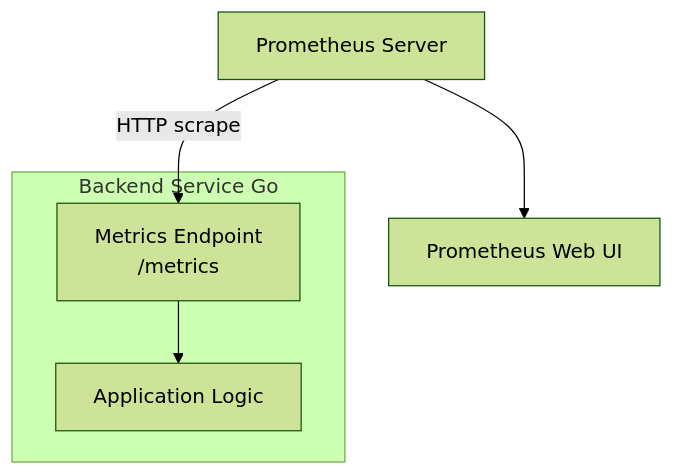
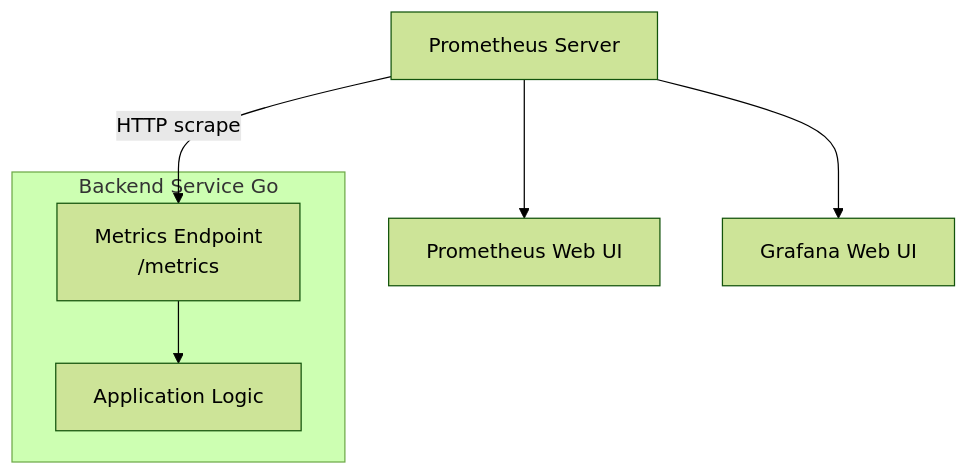
Before and after one commit to kurbangaliev/finalwork: the third of 8 diagrams in README.md, drawn with Mermaid (forest theme).

Commit message:
add monitoring diagram

````diff
--- a/README.md
+++ b/README.md
@@ -79,17 +79,21 @@
 ```mermaid
 graph TD
     subgraph Backend[Backend Service Go]
         App[Application Logic]
         Metrics[Metrics Endpoint<br/>/metrics]
     end
 
     Prometheus[Prometheus Server]
 
     PromUI[Prometheus Web UI]
+    
+    Grafana[Grafana Web UI]
 
     Prometheus -->|HTTP scrape| Metrics
     Metrics --> App
 
     Prometheus --> PromUI
+    
+    Prometheus --> Grafana
 
 ```
````
